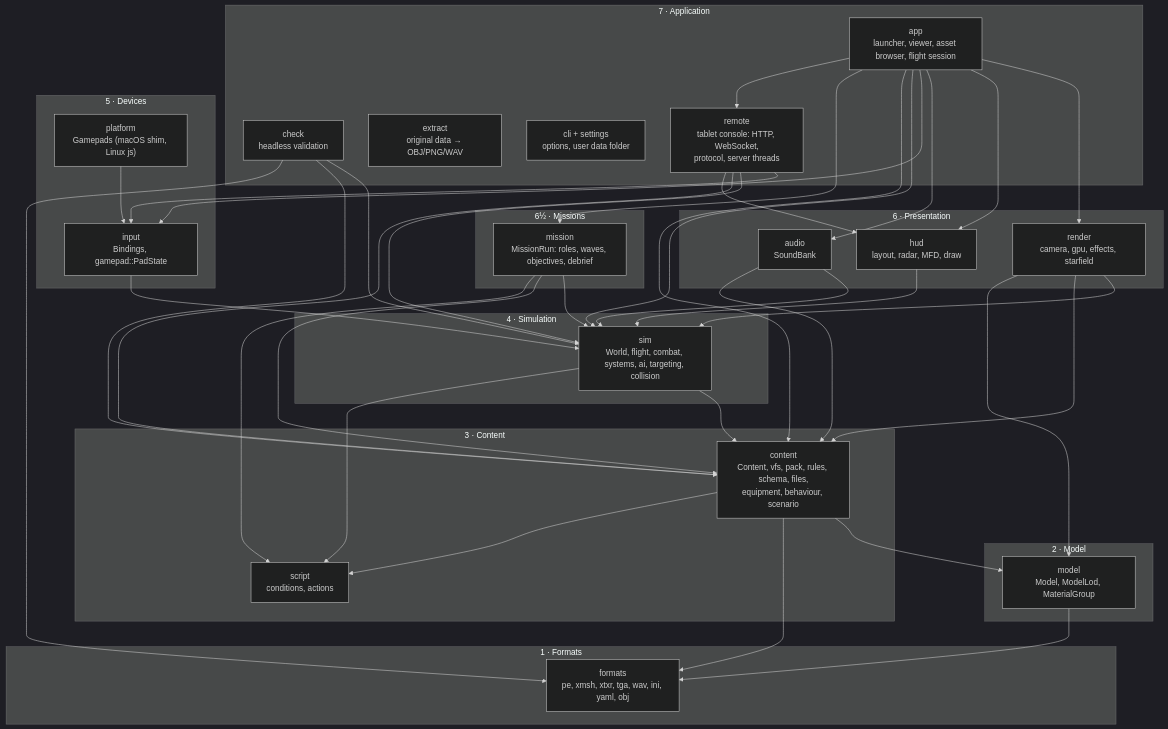
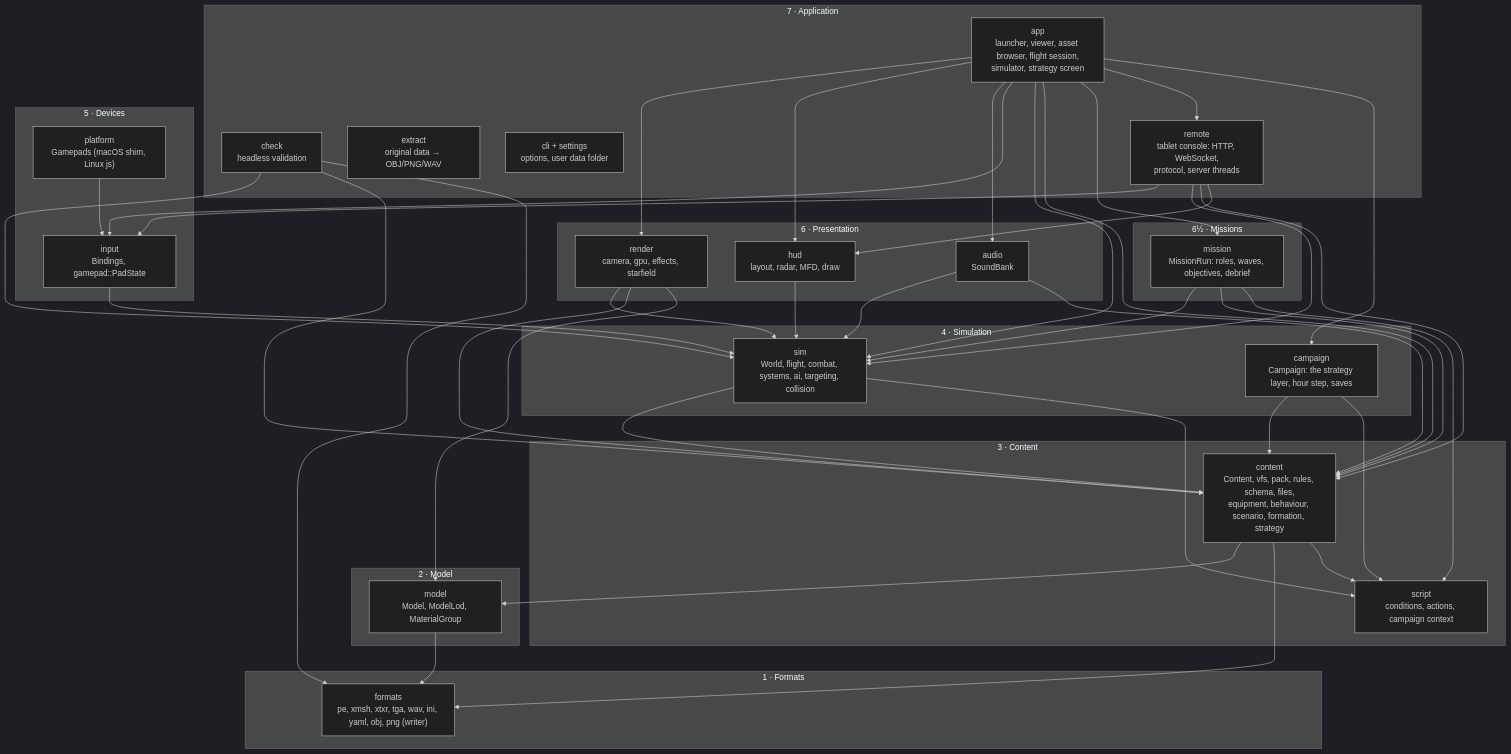
The first of 4 diagrams in docs/implementation/architecture/index.md (bbogovich/OpenInterceptor), drawn with Mermaid (dark theme) before and after one commit. The commit also changed other lines of this file and 45 other files, not shown here.

````diff
--- a/docs/implementation/architecture/index.md
+++ b/docs/implementation/architecture/index.md
@@ -20,47 +20,49 @@
 ```mermaid
 flowchart TB
     subgraph L7["7 · Application"]
-        APP["app<br/>launcher, viewer, asset browser, flight session"]
+        APP["app<br/>launcher, viewer, asset browser, flight session,<br/>simulator, strategy screen"]
         CK["check<br/>headless validation"]
         EX["extract<br/>original data → OBJ/PNG/WAV"]
         CLI["cli + settings<br/>options, user data folder"]
         RM["remote<br/>tablet console: HTTP, WebSocket,<br/>protocol, server threads"]
     end
     subgraph LM["6½ · Missions"]
         MI["mission<br/>MissionRun: roles, waves, objectives, debrief"]
     end
     subgraph L6["6 · Presentation"]
         R["render<br/>camera, gpu, effects, starfield"]
         H["hud<br/>layout, radar, MFD, draw"]
         AU["audio<br/>SoundBank"]
     end
     subgraph L5["5 · Devices"]
         IN["input<br/>Bindings, gamepad::PadState"]
         PL["platform<br/>Gamepads (macOS shim, Linux js)"]
     end
     subgraph L4["4 · Simulation"]
         S["sim<br/>World, flight, combat, systems, ai, targeting, collision"]
+        CA["campaign<br/>Campaign: the strategy layer, hour step, saves"]
     end
     subgraph L3["3 · Content"]
-        C["content<br/>Content, vfs, pack, rules, schema, files,<br/>equipment, behaviour, scenario"]
-        SC["script<br/>conditions, actions"]
+        C["content<br/>Content, vfs, pack, rules, schema, files,<br/>equipment, behaviour, scenario, formation, strategy"]
+        SC["script<br/>conditions, actions, campaign context"]
     end
     subgraph L2["2 · Model"]
         M["model<br/>Model, ModelLod, MaterialGroup"]
     end
     subgraph L1["1 · Formats"]
-        F["formats<br/>pe, xmsh, xtxr, tga, wav, ini, yaml, obj"]
+        F["formats<br/>pe, xmsh, xtxr, tga, wav, ini, yaml, obj, png (writer)"]
     end
-    APP --> R & H & AU & IN & S & C & MI & RM
+    APP --> R & H & AU & IN & S & C & MI & RM & CA
+    CA --> C & SC
     RM --> IN & S & C & H
     MI --> S & C & SC
     CK --> S & C & F
     R --> S & C & M
     H --> S
     AU --> S & C
     IN --> S
     PL --> IN
     S --> C & SC
     C --> M & F & SC
     M --> F
 ```
````
